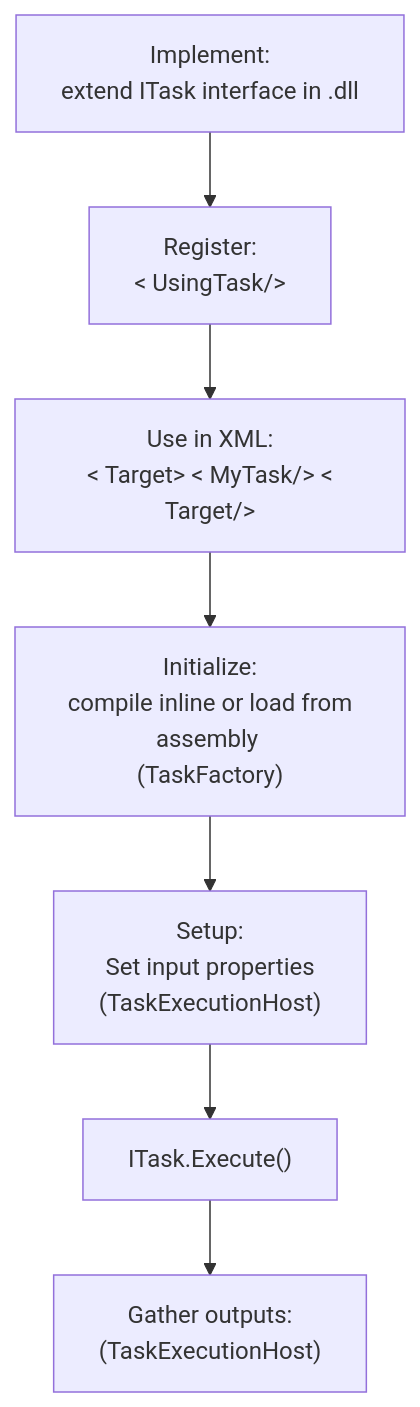
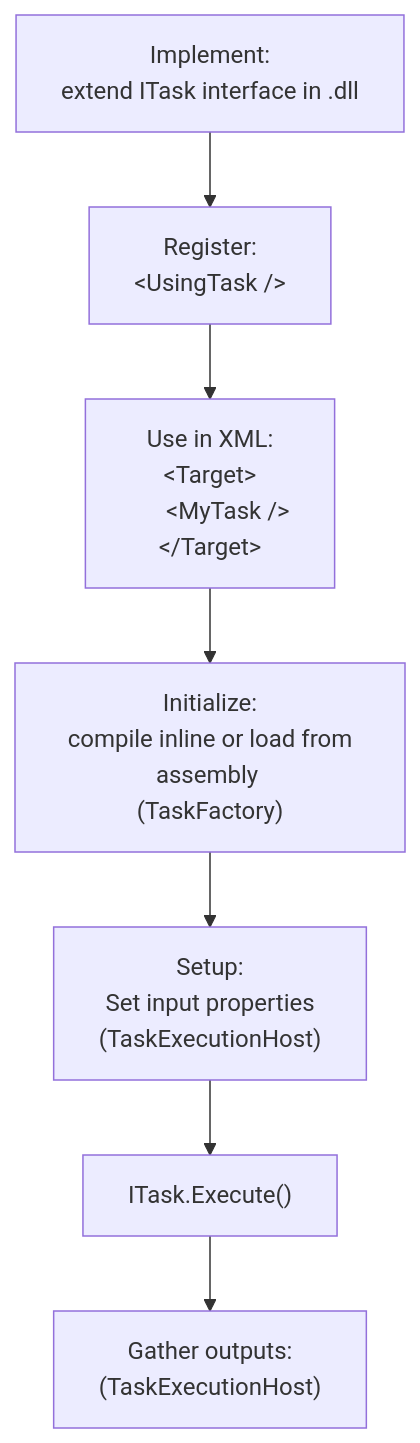
Before and after one commit to dotnet/dotnet: the diagram in src/msbuild/documentation/wiki/Tasks.md, drawn with Mermaid. The commit also changed 24 other files, not shown here.

````diff
--- a/src/msbuild/documentation/wiki/Tasks.md
+++ b/src/msbuild/documentation/wiki/Tasks.md
@@ -27,5 +27,5 @@
 ```mermaid
 graph 
 
-I["Implement:\n extend ITask interface in .dll"] --> R["Register:\n &lt; UsingTask/&gt;"] --> U["Use in XML:\n &lt Target&gt &lt MyTask/&gt &lt Target/&gt"] --> In["Initialize:\n compile inline or load from assembly \n(TaskFactory)"] --> S["Setup:\n Set input properties\n (TaskExecutionHost)"] --> E["ITask.Execute()"] --> O["Gather outputs: \n (TaskExecutionHost)"]
+I["Implement:<br/>extend ITask interface in .dll"] --> R["Register:<br/>&lt;UsingTask /&gt;"] --> U["Use in XML:<br/>&lt;Target&gt;<br/>&nbsp;&nbsp;&nbsp;&nbsp;&nbsp;&nbsp;&lt;MyTask /&gt;<br/>&lt;/Target&gt;"] --> In["Initialize:<br/> compile inline or load from assembly <br/>(TaskFactory)"] --> S["Setup:<br/> Set input properties<br/> (TaskExecutionHost)"] --> E["ITask.Execute()"] --> O["Gather outputs: <br/> (TaskExecutionHost)"]
 ```
````
